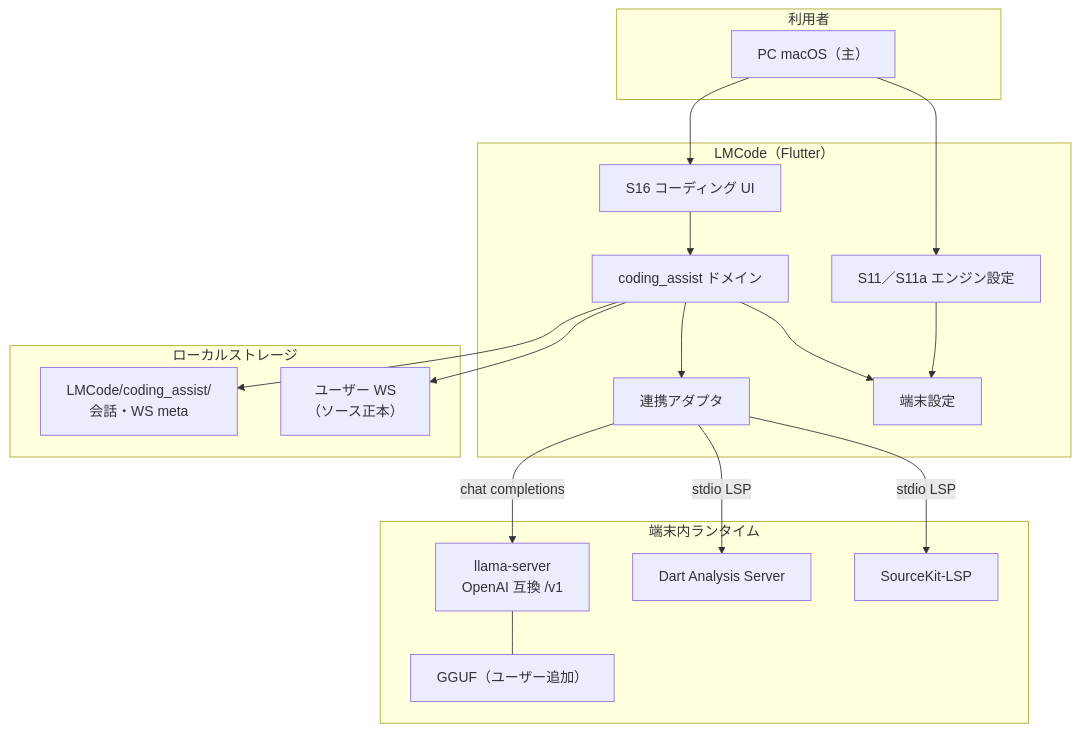
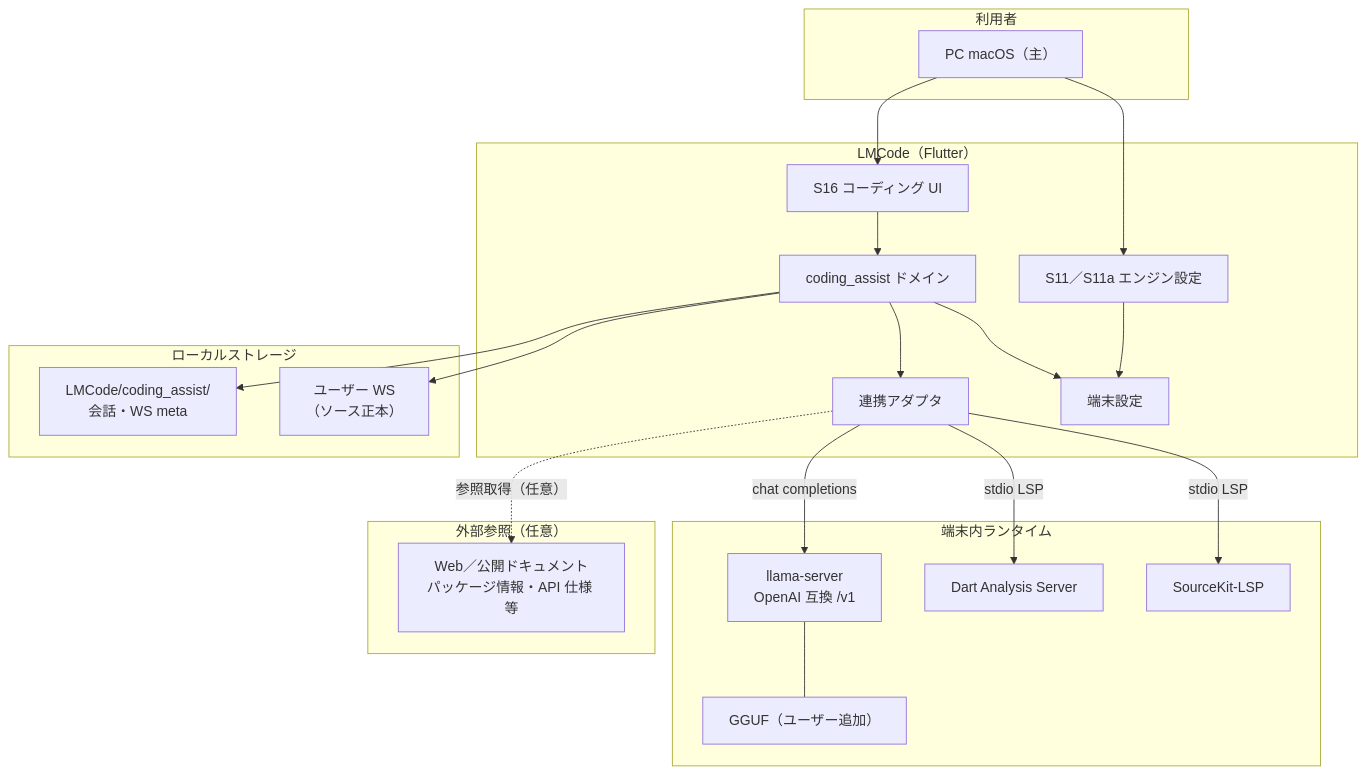
One commit to eda-mame-saya/lmcode changed the first of 2 diagrams in document/基本設計/01_システム構成.md. Above: the diagram before and after it, drawn with Mermaid. The commit also changed other lines of this file and 46 other files, not shown here.

````diff
--- a/document/基本設計/01_システム構成.md
+++ b/document/基本設計/01_システム構成.md
@@ -17,38 +17,43 @@
 ```mermaid
 flowchart TB
   subgraph users["利用者"]
     PC["PC macOS（主）"]
   end
 
   subgraph app["LMCode（Flutter）"]
     UI["S16 コーディング UI"]
     Settings["S11／S11a エンジン設定"]
     Domain["coding_assist ドメイン"]
     Infra["連携アダプタ"]
     Prefs["端末設定"]
     UI --> Domain --> Infra
     Settings --> Prefs
     Domain --> Prefs
   end
 
   subgraph local_rt["端末内ランタイム"]
     LLM["llama-server<br/>OpenAI 互換 /v1"]
     ModelsLLM["GGUF（ユーザー追加）"]
     DartLS["Dart Analysis Server"]
     SK["SourceKit-LSP"]
     LLM --- ModelsLLM
   end
 
   subgraph storage["ローカルストレージ"]
     Tree["LMCode/coding_assist/<br/>会話・WS meta"]
     WS["ユーザー WS<br/>（ソース正本）"]
   end
 
+  subgraph ext["外部参照（任意）"]
+    Web["Web／公開ドキュメント<br/>パッケージ情報・API 仕様 等"]
+  end
+
   PC --> UI
   PC --> Settings
   Infra -->|"chat completions"| LLM
   Infra -->|"stdio LSP"| DartLS
   Infra -->|"stdio LSP"| SK
+  Infra -.->|"参照取得（任意）"| Web
   Domain --> Tree
   Domain --> WS
 ```
````
